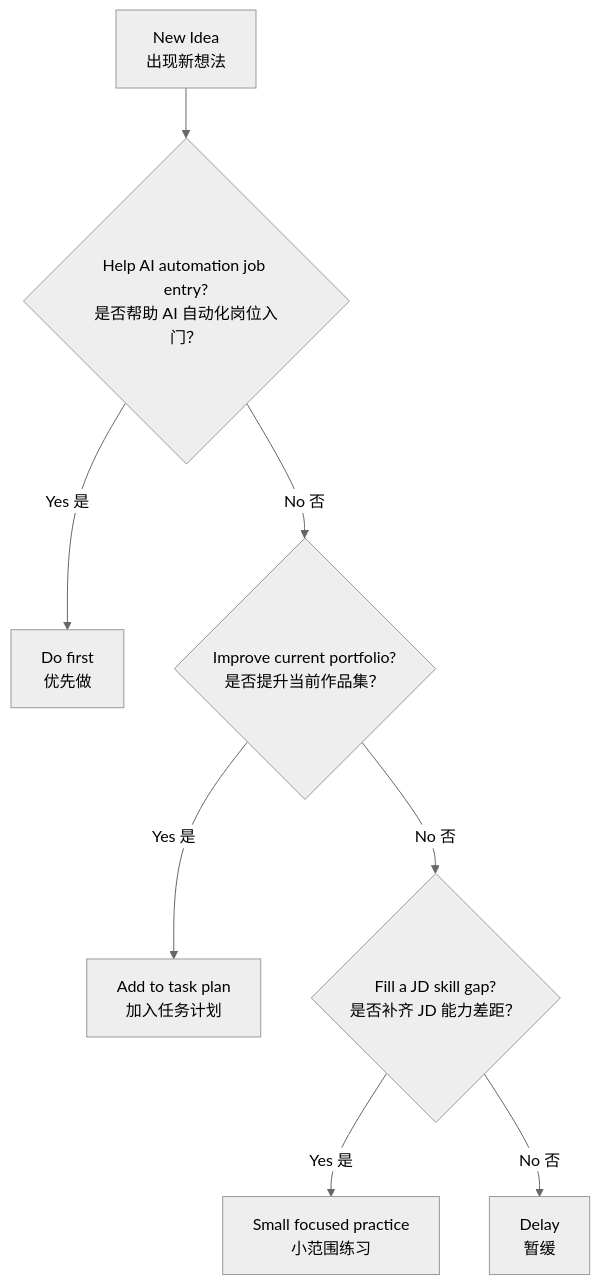
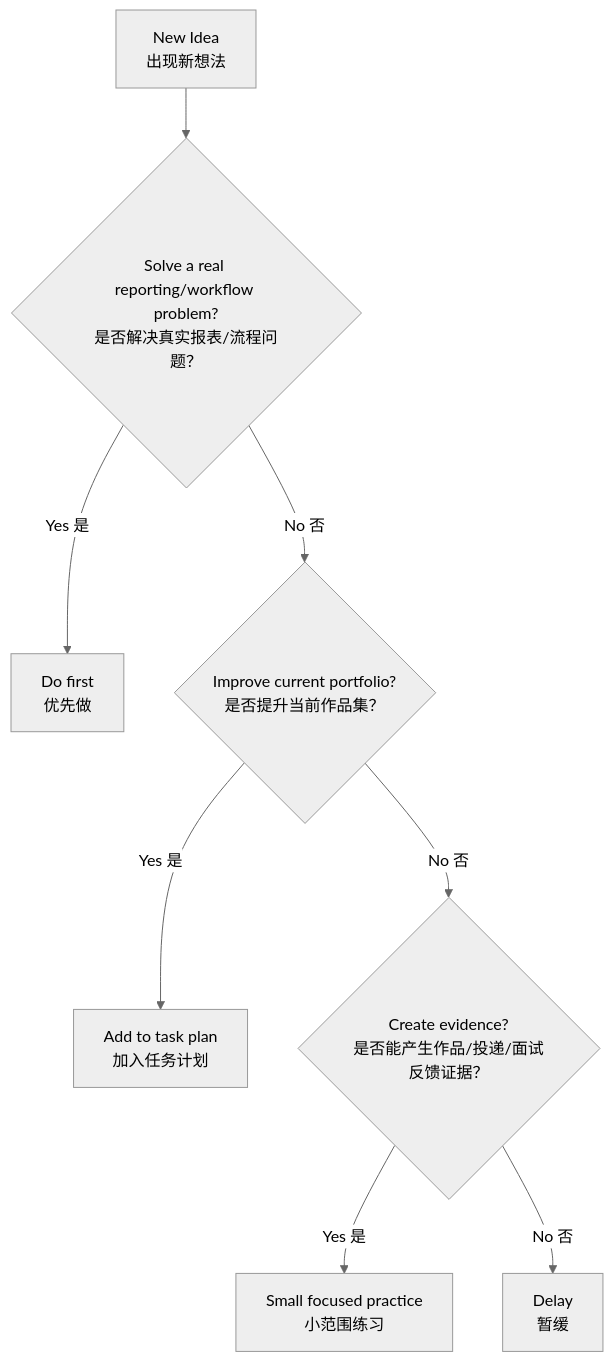
The second of 2 diagrams in README.md (sai5585wo/work-plan), drawn with Mermaid (neutral theme) before and after one commit. The commit also changed other lines of this file and 5 other files, not shown here.

Commit message:
Refine roadmap around reporting automation

````diff
--- a/README.md
+++ b/README.md
@@ -157,10 +162,10 @@
 ```mermaid
 flowchart TD
-    A["New Idea<br/>出现新想法"] --> B{"Help AI automation job entry?<br/>是否帮助 AI 自动化岗位入门？"}
+    A["New Idea<br/>出现新想法"] --> B{"Solve a real reporting/workflow problem?<br/>是否解决真实报表/流程问题？"}
     B -- "Yes 是" --> C["Do first<br/>优先做"]
     B -- "No 否" --> D{"Improve current portfolio?<br/>是否提升当前作品集？"}
     D -- "Yes 是" --> E["Add to task plan<br/>加入任务计划"]
-    D -- "No 否" --> F{"Fill a JD skill gap?<br/>是否补齐 JD 能力差距？"}
+    D -- "No 否" --> F{"Create evidence?<br/>是否能产生作品/投递/面试反馈证据？"}
     F -- "Yes 是" --> G["Small focused practice<br/>小范围练习"]
     F -- "No 否" --> H["Delay<br/>暂缓"]
 ```
````
